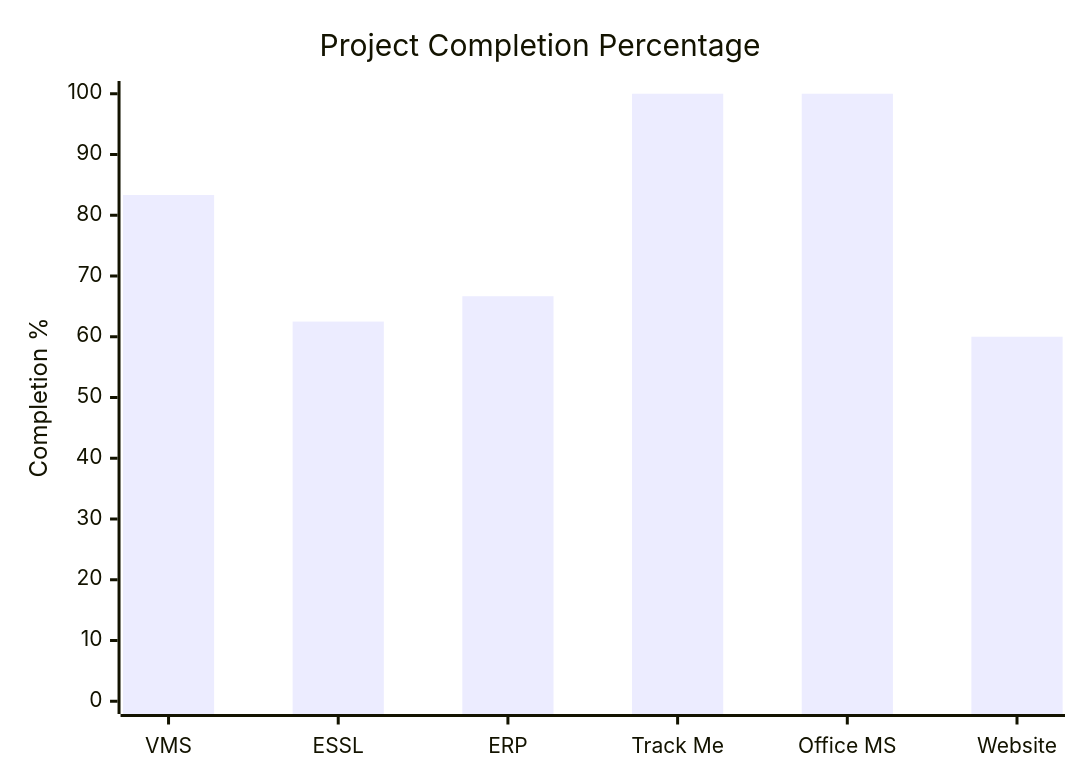
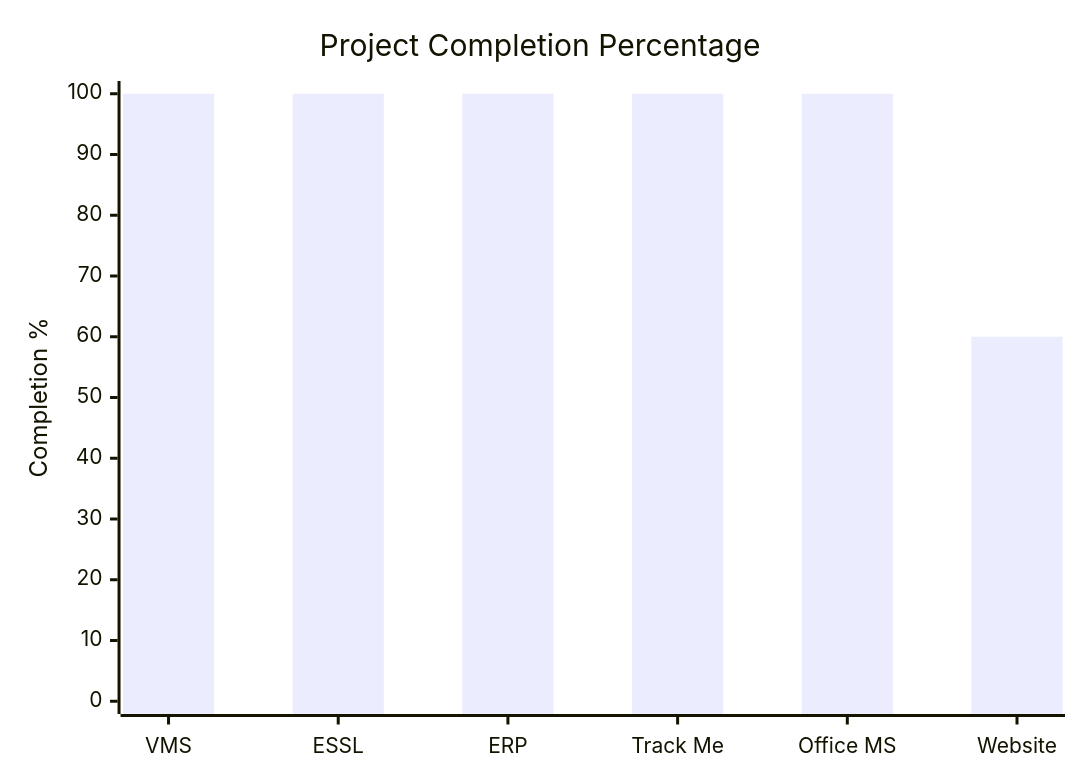
The diagram in Global_Summary.md (Realityspeaker/My-Work-Diary), drawn with Mermaid before and after one commit. The commit also changed other lines of this file, not shown here.

````diff
--- a/Global_Summary.md
+++ b/Global_Summary.md
@@ -63,7 +63,7 @@
 ```mermaid
 xychart-beta
     title "Project Completion Percentage"
     x-axis ["VMS", "ESSL", "ERP", "Track Me", "Office MS", "Website"]
     y-axis "Completion %" 0 --> 100
-    bar [83.33, 62.50, 66.67, 100, 100, 60]
+    bar [100, 100, 100, 100, 100, 60]
 ```
````
